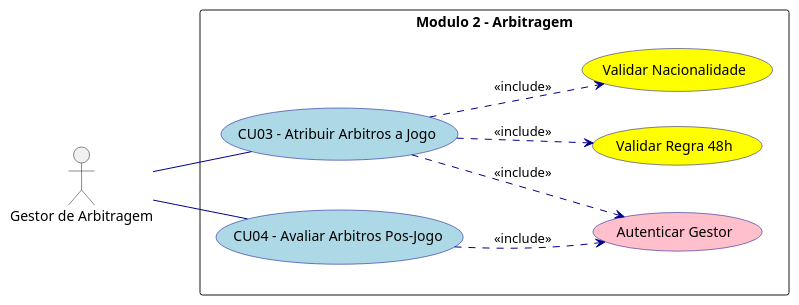
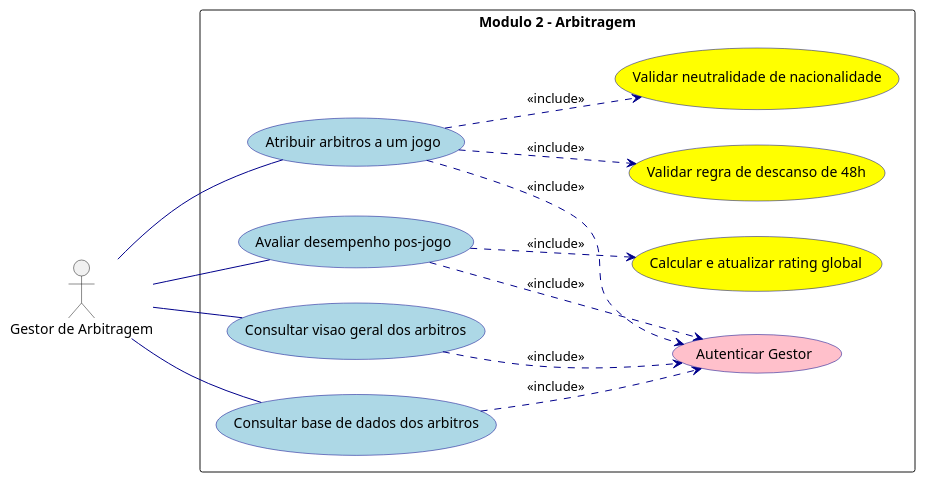
One commit to experimentos373-creator/ES changed the fourth of 12 diagrams in DIAGRAMA_CASOS_USO.md. Above: the diagram before and after it, drawn with PlantUML. The commit also changed other lines of this file and 1 other file, not shown here.

````diff
--- a/DIAGRAMA_CASOS_USO.md
+++ b/DIAGRAMA_CASOS_USO.md
@@ -105,29 +142,38 @@
 ```plantuml
 @startuml
 left to right direction
 skinparam packageStyle rectangle
 skinparam usecase {
   BackgroundColor LightBlue
   BorderColor DarkBlue
   ArrowColor DarkBlue
 }
 
 actor "Gestor de Arbitragem" as GArb
 
 rectangle "Modulo 2 - Arbitragem" {
   usecase "Autenticar Gestor" as Login #Pink
-  usecase "CU03 - Atribuir Arbitros a Jogo" as CU03
-  usecase "Validar Regra 48h" as CU03_sub1 #Yellow
-  usecase "Validar Nacionalidade" as CU03_sub2 #Yellow
-  usecase "CU04 - Avaliar Arbitros Pos-Jogo" as CU04
+  usecase "Consultar visao geral dos arbitros" as CU05
+  usecase "Atribuir arbitros a um jogo" as CU06
+  usecase "Validar regra de descanso de 48h" as CU06_sub1 #Yellow
+  usecase "Validar neutralidade de nacionalidade" as CU06_sub2 #Yellow
+  usecase "Avaliar desempenho pos-jogo" as CU07
+  usecase "Calcular e atualizar rating global" as CU07_sub #Yellow
+  usecase "Consultar base de dados dos arbitros" as CU08
 }
 
-GArb -- CU03
-GArb -- CU04
+GArb -- CU05
+GArb -- CU06
+GArb -- CU07
+GArb -- CU08
 
-CU03 ..> Login : <<include>>
-CU04 ..> Login : <<include>>
-CU03 ..> CU03_sub1 : <<include>>
-CU03 ..> CU03_sub2 : <<include>>
+CU05 ..> Login : <<include>>
+CU06 ..> Login : <<include>>
+CU07 ..> Login : <<include>>
+CU08 ..> Login : <<include>>
+
+CU06 ..> CU06_sub1 : <<include>>
+CU06 ..> CU06_sub2 : <<include>>
+CU07 ..> CU07_sub : <<include>>
 @enduml
 ```
````
